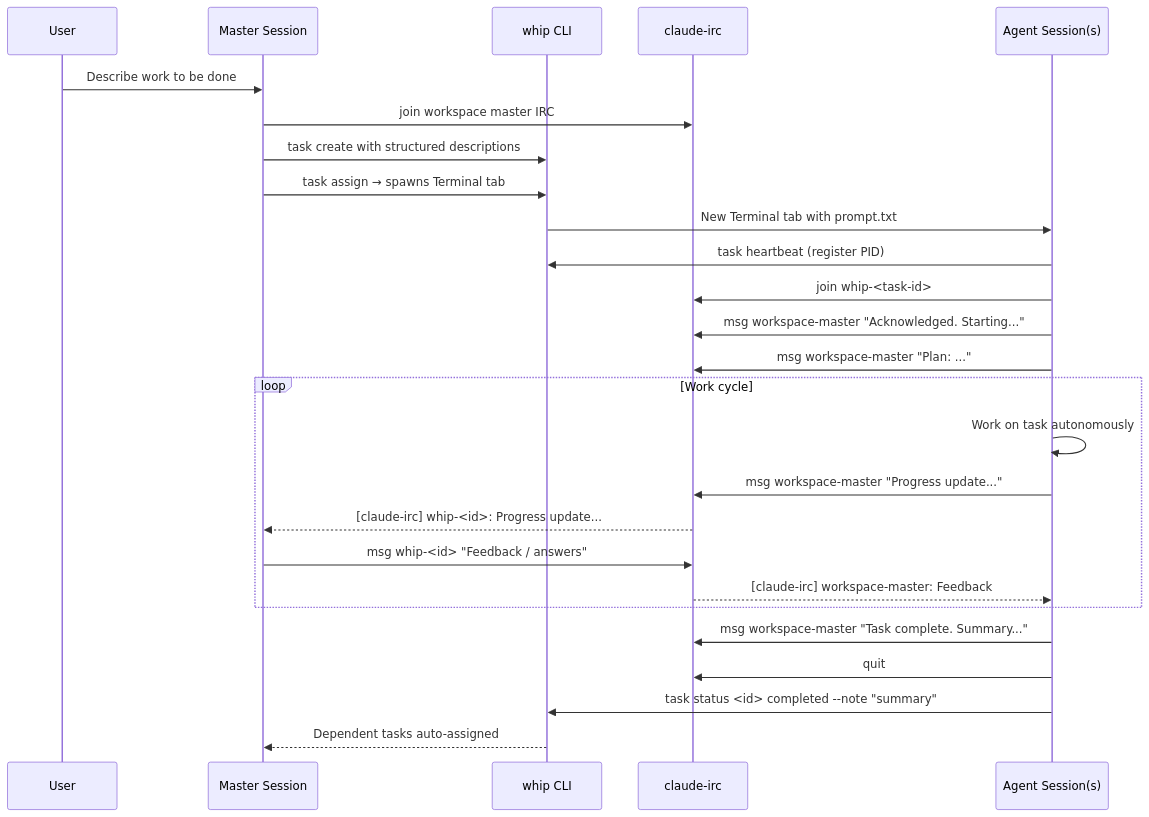
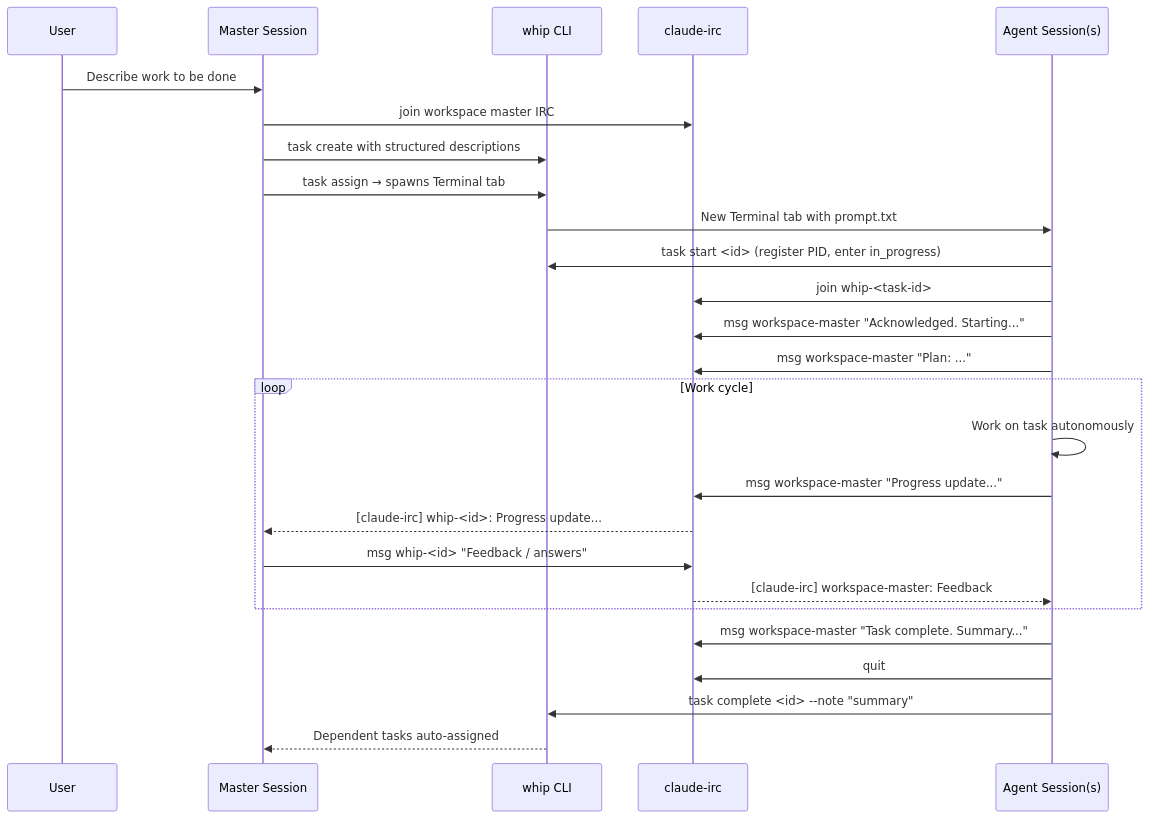
The first of 3 diagrams in whip/docs/workflow-en.md (DongGukMon/ai-tools), drawn with Mermaid before and after one commit. The commit also changed other lines of this file and 42 other files, not shown here.

Commit message:
feat(whip): simplify task lifecycle commands

````diff
--- a/whip/docs/workflow-en.md
+++ b/whip/docs/workflow-en.md
@@ -14,32 +14,32 @@
 ```mermaid
 sequenceDiagram
     participant User
     participant Master as Master Session
     participant Whip as whip CLI
     participant IRC as claude-irc
     participant Agent as Agent Session(s)
 
     User->>Master: Describe work to be done
     Master->>IRC: join workspace master IRC
     Master->>Whip: task create with structured descriptions
     Master->>Whip: task assign → spawns Terminal tab
     Whip->>Agent: New Terminal tab with prompt.txt
 
-    Agent->>Whip: task heartbeat (register PID)
+    Agent->>Whip: task start <id> (register PID, enter in_progress)
     Agent->>IRC: join whip-<task-id>
     Agent->>IRC: msg workspace-master "Acknowledged. Starting..."
     Agent->>IRC: msg workspace-master "Plan: ..."
 
     loop Work cycle
         Agent->>Agent: Work on task autonomously
         Agent->>IRC: msg workspace-master "Progress update..."
         IRC-->>Master: [claude-irc] whip-<id>: Progress update...
         Master->>IRC: msg whip-<id> "Feedback / answers"
         IRC-->>Agent: [claude-irc] workspace-master: Feedback
     end
 
     Agent->>IRC: msg workspace-master "Task complete. Summary..."
     Agent->>IRC: quit
-    Agent->>Whip: task status <id> completed --note "summary"
+    Agent->>Whip: task complete <id> --note "summary"
     Whip-->>Master: Dependent tasks auto-assigned
 ```
````
